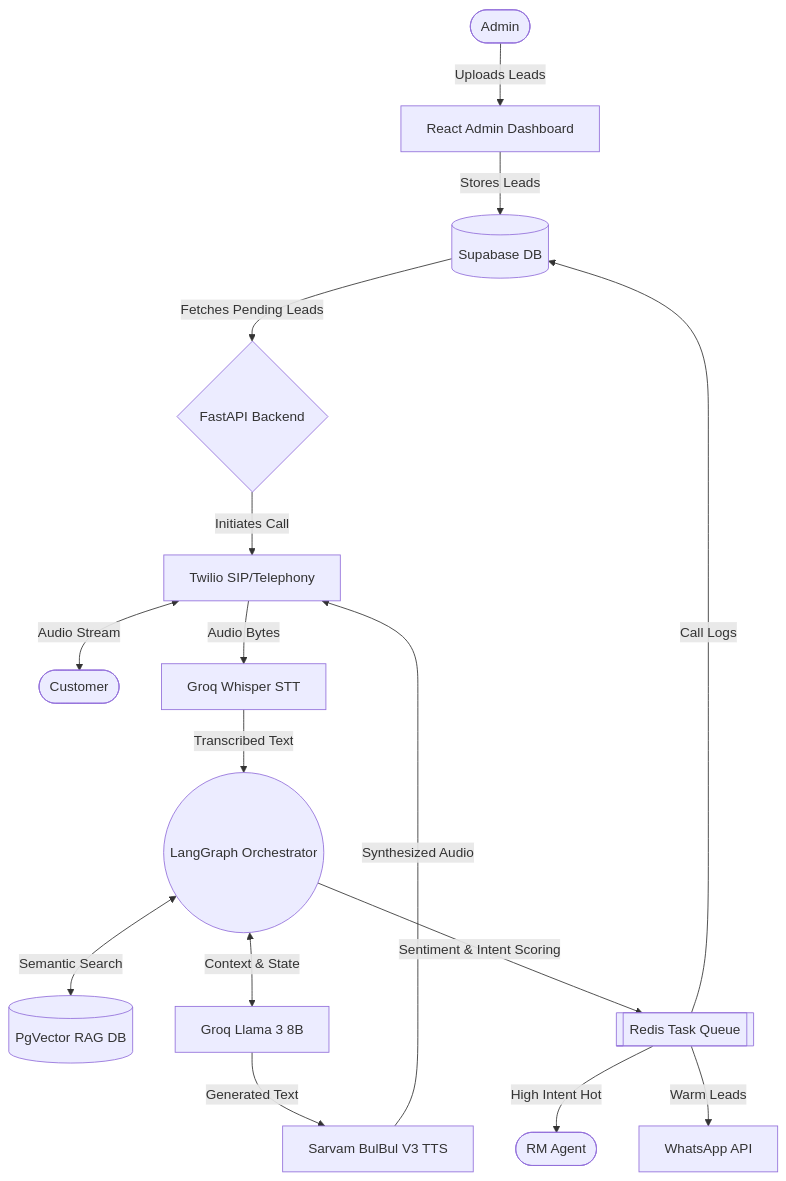
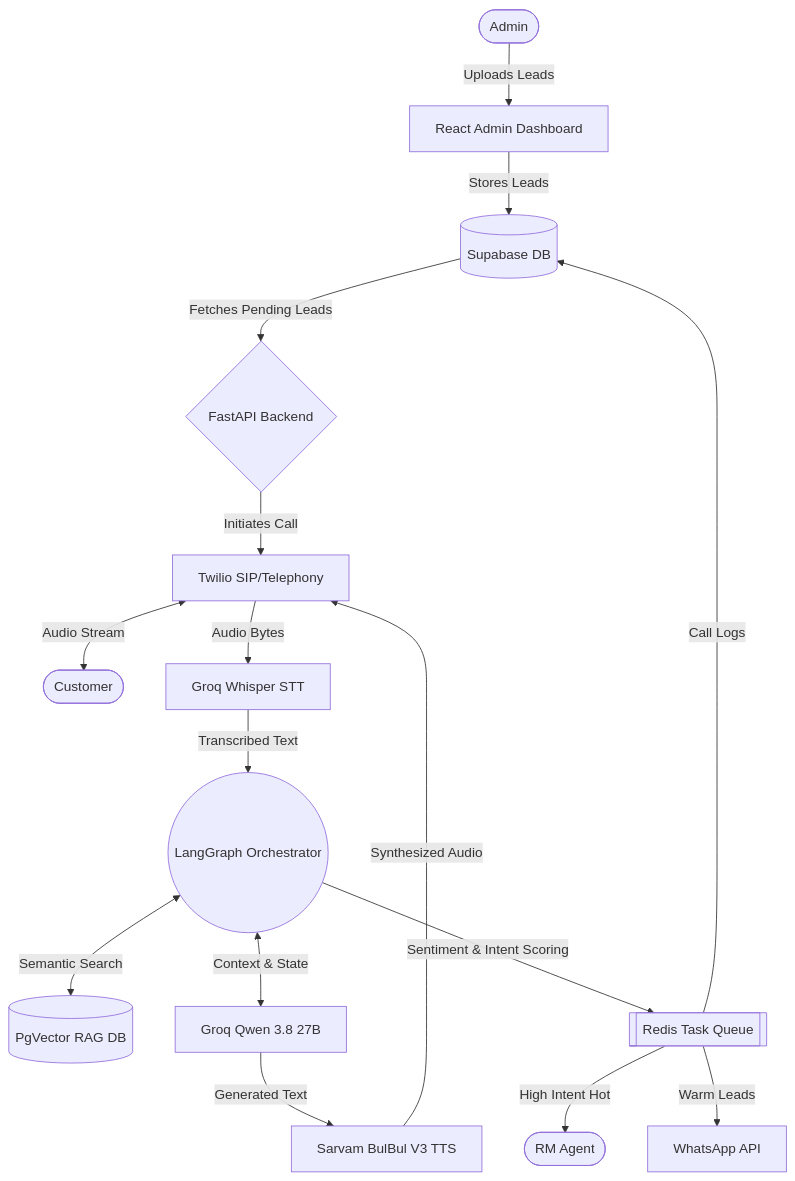
The diagram in README.md (Rahul-8283/Sambhaash_AI), drawn with Mermaid before and after one commit. The commit also changed other lines of this file and 4 other files, not shown here.

````diff
--- a/README.md
+++ b/README.md
@@ -43,38 +43,38 @@
 ```mermaid
 graph TD
     Admin([Admin])
     Customer([Customer])
     Agent([RM Agent])
     
     ReactUI[React Admin Dashboard]
     Supabase[(Supabase DB)]
     PgVector[(PgVector RAG DB)]
     RedisQueue[[Redis Task Queue]]
     WhatsApp[WhatsApp API]
     Twilio[Twilio SIP/Telephony]
     
     FastAPI{FastAPI Backend}
     LangGraph((LangGraph Orchestrator))
     Whisper[Groq Whisper STT]
-    Llama[Groq Llama 3 8B]
+    LLM[Groq Qwen 3.8 27B]
     Sarvam[Sarvam BulBul V3 TTS]
 
     Admin -->|Uploads Leads| ReactUI
     ReactUI -->|Stores Leads| Supabase
     
     Supabase -->|Fetches Pending Leads| FastAPI
     FastAPI -->|Initiates Call| Twilio
     Twilio <-->|Audio Stream| Customer
     
     Twilio -->|Audio Bytes| Whisper
     Whisper -->|Transcribed Text| LangGraph
     LangGraph <-->|Semantic Search| PgVector
-    LangGraph <-->|Context & State| Llama
-    Llama -->|Generated Text| Sarvam
+    LangGraph <-->|Context & State| LLM
+    LLM -->|Generated Text| Sarvam
     Sarvam -->|Synthesized Audio| Twilio
     
     LangGraph -->|Sentiment & Intent Scoring| RedisQueue
     RedisQueue -->|High Intent Hot| Agent
     RedisQueue -->|Warm Leads| WhatsApp
     RedisQueue -->|Call Logs| Supabase
 ```
````
